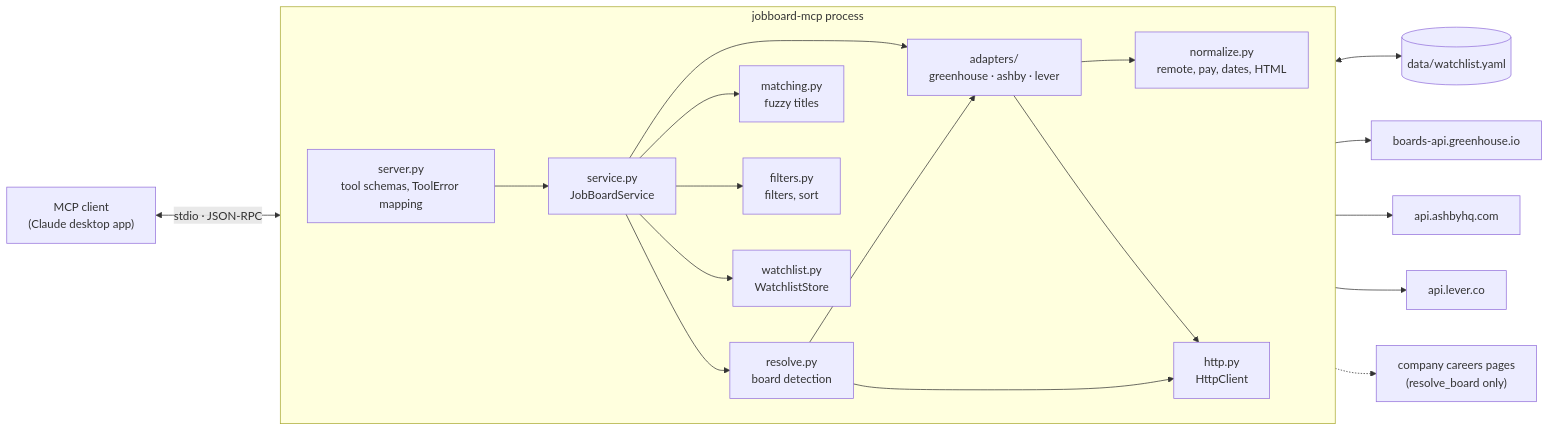
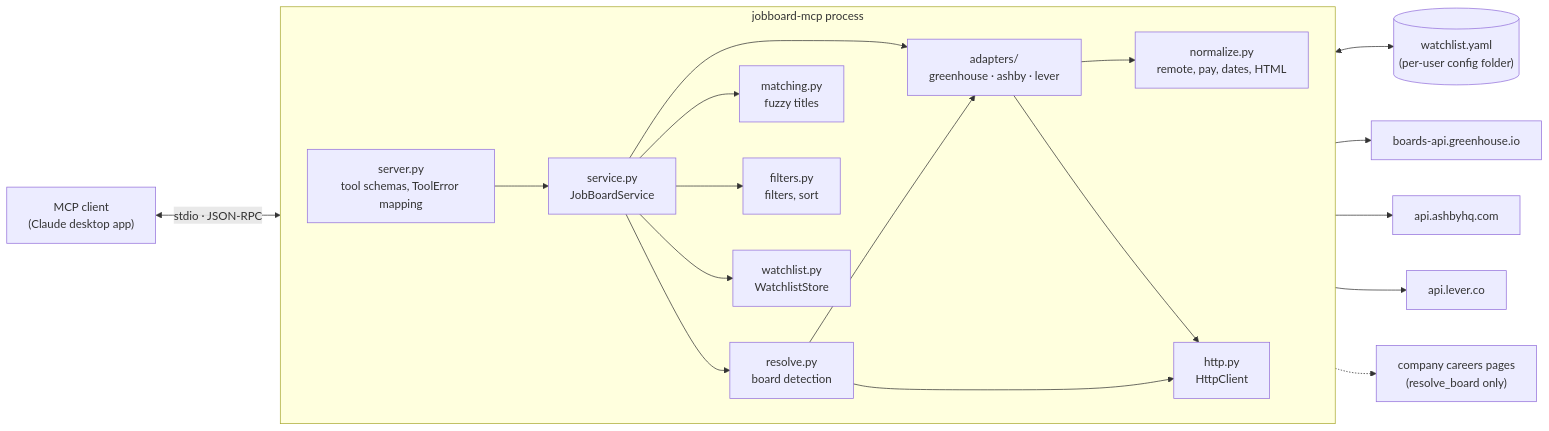
Before and after one commit to HakujouRyu/jobboard-mcp: the first of 7 diagrams in docs/architecture.md, drawn with Mermaid. The commit also changed 16 other files, not shown here.

First line of the commit message:
Move the default watchlist to a per-user config folder

````diff
--- a/docs/architecture.md
+++ b/docs/architecture.md
@@ -18,40 +18,40 @@
 ```mermaid
 flowchart LR
     client["MCP client<br/>(Claude desktop app)"]
 
     subgraph proc["jobboard-mcp process"]
         direction LR
         server["server.py<br/>tool schemas, ToolError mapping"]
         service["service.py<br/>JobBoardService"]
         adapters["adapters/<br/>greenhouse · ashby · lever"]
         resolve["resolve.py<br/>board detection"]
         matching["matching.py<br/>fuzzy titles"]
         filters["filters.py<br/>filters, sort"]
         normalize["normalize.py<br/>remote, pay, dates, HTML"]
         store["watchlist.py<br/>WatchlistStore"]
         http["http.py<br/>HttpClient"]
     end
 
-    yaml[("data/watchlist.yaml")]
+    yaml[("watchlist.yaml<br/>(per-user config folder)")]
     gh["boards-api.greenhouse.io"]
     ash["api.ashbyhq.com"]
     lev["api.lever.co"]
     careers["company careers pages<br/>(resolve_board only)"]
 
     client <-->|"stdio · JSON-RPC"| server
     server --> service
     service --> adapters
     service --> resolve
     service --> matching
     service --> filters
     service --> store
     adapters --> normalize
     resolve --> adapters
     adapters --> http
     resolve --> http
     store <--> yaml
     http --> gh
     http --> ash
     http --> lev
     http -.-> careers
 ```
````
